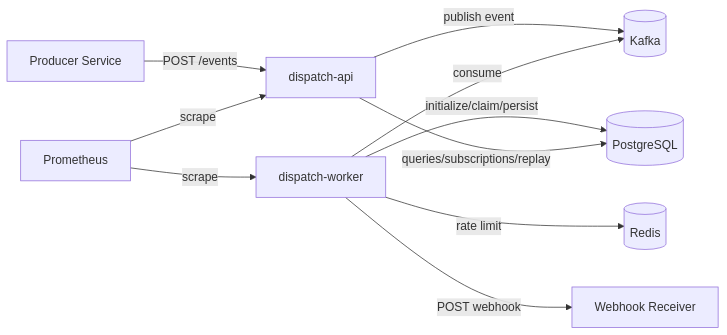
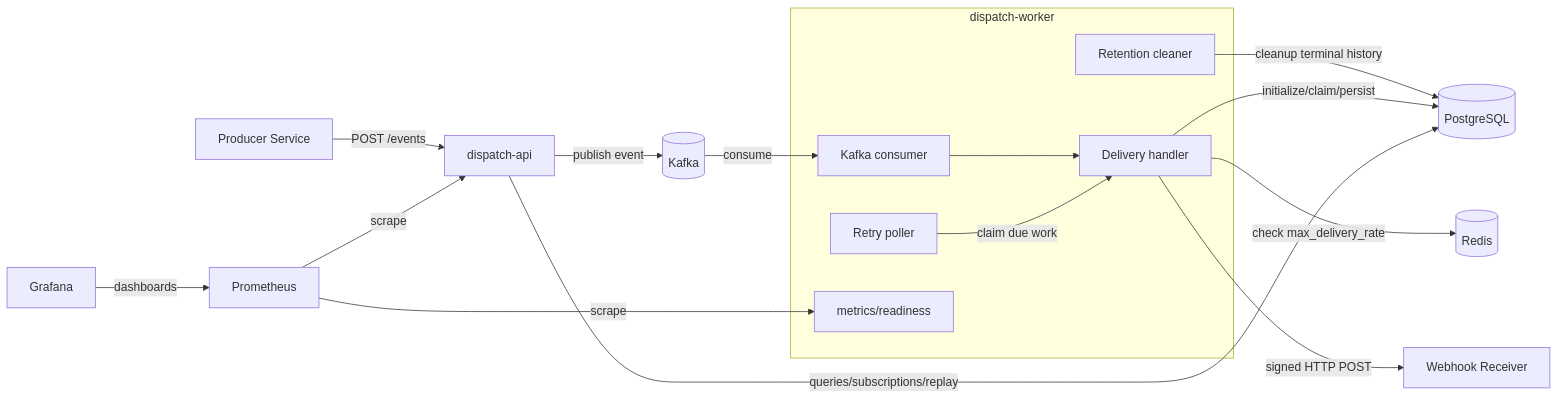
One commit to felipepmaragno/webhook-service changed the first of 3 diagrams in docs/architecture.md. Above: the diagram before and after it, drawn with Mermaid. The commit also changed 3 other files, not shown here.

````diff
--- a/docs/architecture.md
+++ b/docs/architecture.md
@@ -13,12 +13,25 @@
 ```mermaid
 flowchart LR
     Producer[Producer Service] -->|POST /events| API[dispatch-api]
     API -->|publish event| Kafka[(Kafka)]
-    Worker[dispatch-worker] -->|consume| Kafka
-    Worker -->|rate limit| Redis[(Redis)]
-    Worker -->|initialize/claim/persist| DB[(PostgreSQL)]
-    Worker -->|POST webhook| Receiver[Webhook Receiver]
+
+    subgraph WorkerRuntime[dispatch-worker]
+        Consumer[Kafka consumer]
+        Retry[Retry poller]
+        Delivery[Delivery handler]
+        Retention[Retention cleaner]
+        WorkerObs[metrics/readiness]
+    end
+
+    Kafka -->|consume| Consumer
+    Consumer --> Delivery
+    Retry -->|claim due work| Delivery
+    Retention -->|cleanup terminal history| DB[(PostgreSQL)]
+    Delivery -->|initialize/claim/persist| DB
+    Delivery -->|check max_delivery_rate| Redis[(Redis)]
+    Delivery -->|signed HTTP POST| Receiver[Webhook Receiver]
     API -->|queries/subscriptions/replay| DB
     Prom[Prometheus] -->|scrape| API
-    Prom -->|scrape| Worker
+    Prom -->|scrape| WorkerObs
+    Grafana[Grafana] -->|dashboards| Prom
 ```
````
